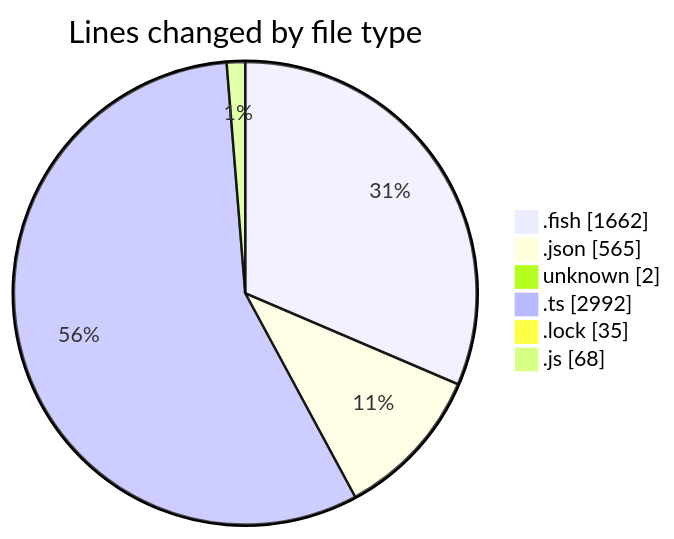
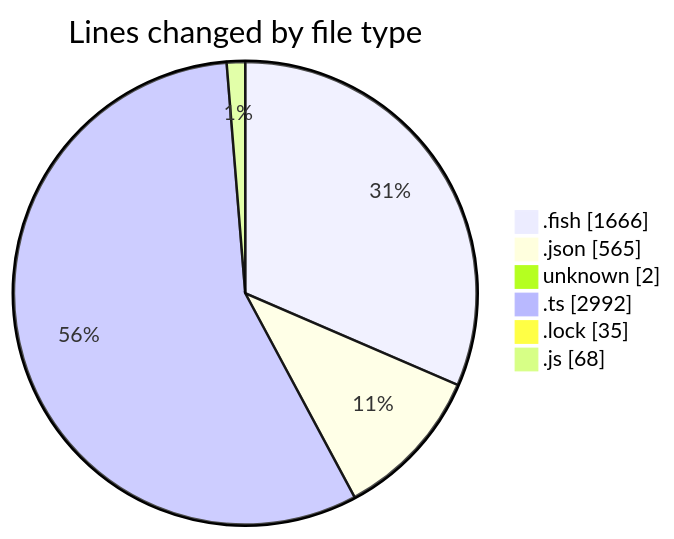
One commit to EIIisD/code-tracking changed the first of 2 diagrams in 2025-07-12/fish/README.md. Above: the diagram before and after it, drawn with Mermaid. The commit also changed other lines of this file and 1 other file, not shown here.

````diff
--- a/2025-07-12/fish/README.md
+++ b/2025-07-12/fish/README.md
@@ -140,10 +140,10 @@
 ```mermaid
 pie showData
 title Lines changed by file type
-".fish" : 1662
+".fish" : 1666
 ".json" : 565
 "unknown" : 2
 ".ts" : 2992
 ".lock" : 35
 ".js" : 68
 ```
````
